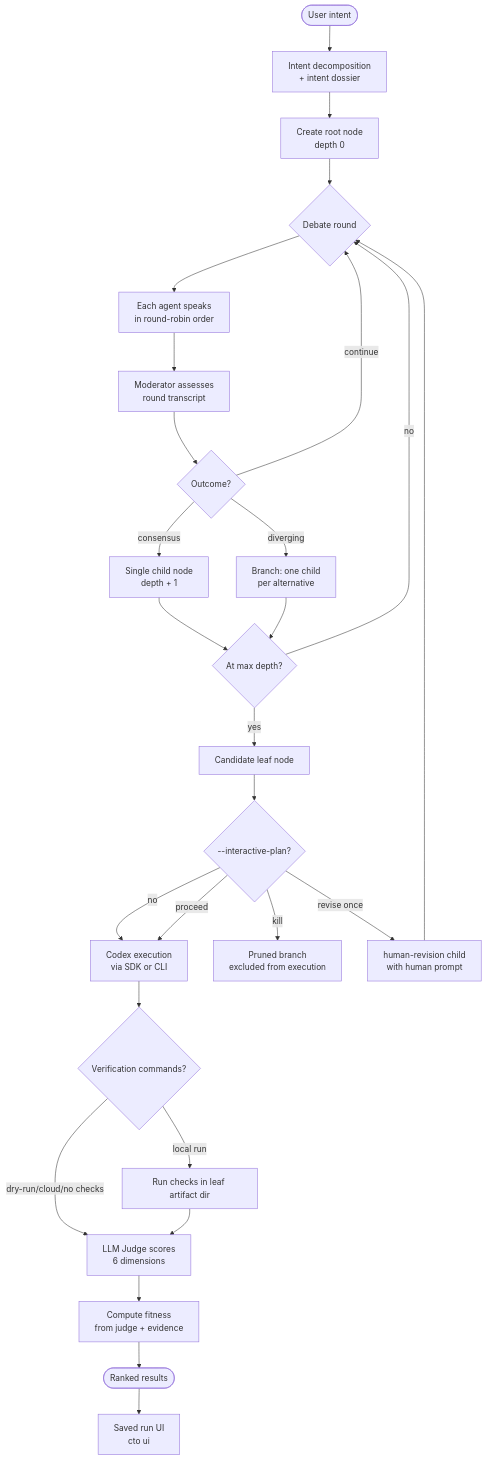
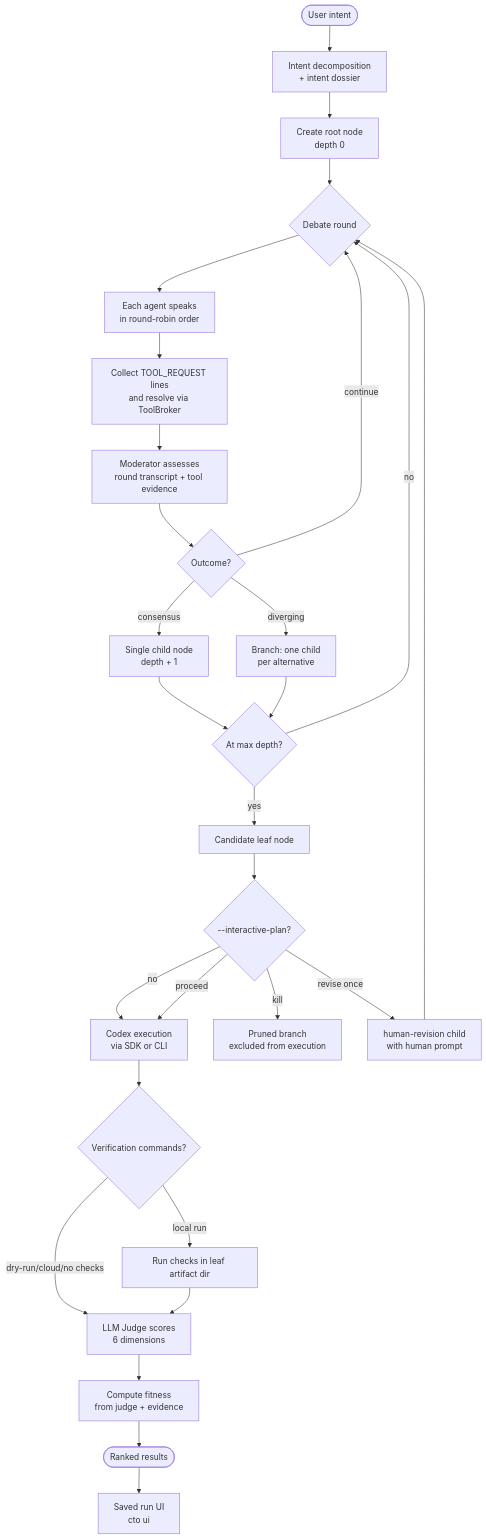
One commit to edward-sia/cto changed the first of 7 diagrams in docs/architecture.md. Above: the diagram before and after it, drawn with Mermaid. The commit also changed other lines of this file and 3 other files, not shown here.

````diff
--- a/docs/architecture.md
+++ b/docs/architecture.md
@@ -38,29 +38,30 @@
 ```mermaid
 flowchart TD
     A([User intent]) --> A1[Intent decomposition\n+ intent dossier]
     A1 --> B[Create root node\ndepth 0]
     B --> C{Debate round}
     C --> D[Each agent speaks\nin round-robin order]
-    D --> E[Moderator assesses\nround transcript]
+    D --> T[Collect TOOL_REQUEST lines\nand resolve via ToolBroker]
+    T --> E[Moderator assesses\nround transcript + tool evidence]
     E --> F{Outcome?}
     F -- consensus --> G[Single child node\ndepth + 1]
     F -- continue --> C
     F -- diverging --> H[Branch: one child\nper alternative]
     G --> I{At max depth?}
     H --> I
     I -- no --> C
     I -- yes --> J[Candidate leaf node]
     J --> Gate{--interactive-plan?}
     Gate -- no --> K[Codex execution\nvia SDK or CLI]
     Gate -- proceed --> K
     Gate -- kill --> P[Pruned branch\nexcluded from execution]
     Gate -- revise once --> R[human-revision child\nwith human prompt]
     R --> C
     K --> V{Verification commands?}
     V -- local run --> VC[Run checks in leaf artifact dir]
     V -- dry-run/cloud/no checks --> L
     VC --> L[LLM Judge scores\n6 dimensions]
     L --> FS[Compute fitness\nfrom judge + evidence]
     FS --> M([Ranked results])
     M --> N[Saved run UI\ncto ui]
 ```
````
